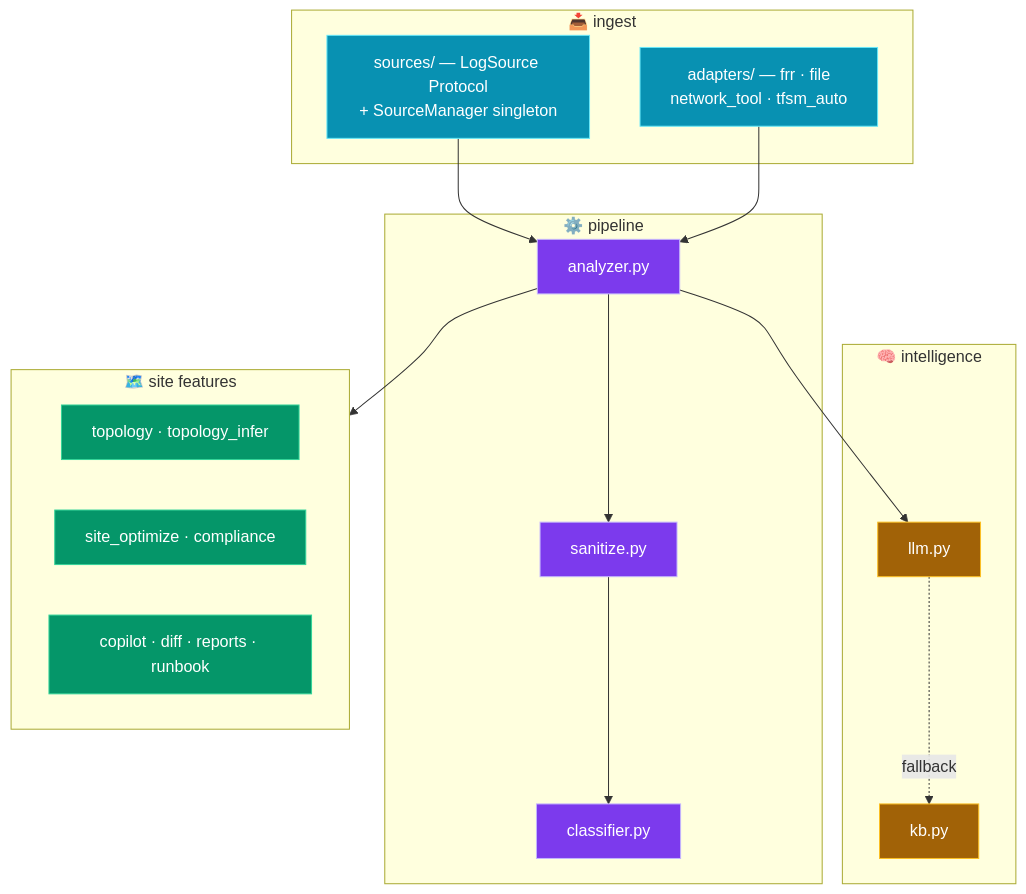
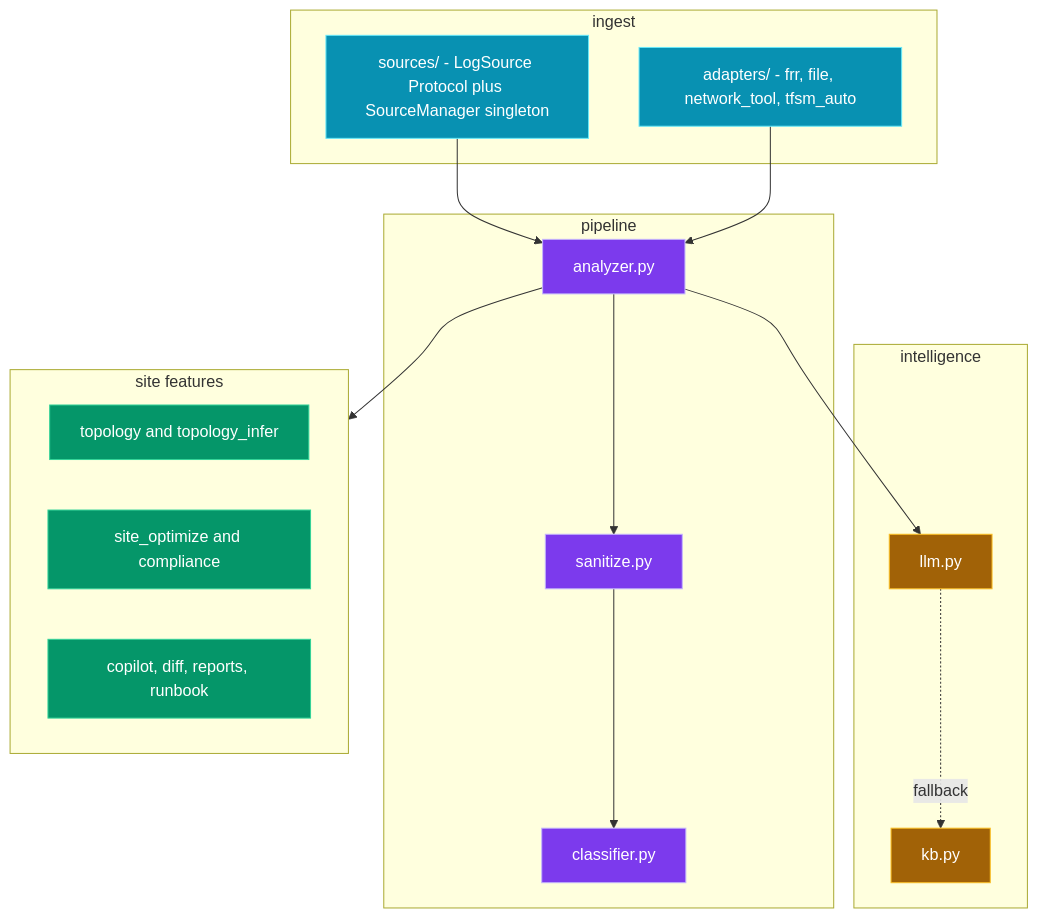
The seventh of 7 diagrams in docs/ARCHITECTURE.md (gesh75/netlog-ai), drawn with Mermaid before and after one commit. The commit also changed other lines of this file and 1 other file, not shown here.

Commit message:
docs: harden mermaid diagrams for reliable GitHub rendering

````diff
--- a/docs/ARCHITECTURE.md
+++ b/docs/ARCHITECTURE.md
@@ -286,40 +278,40 @@
 ```mermaid
 flowchart TB
-    subgraph IN["📥 ingest"]
-        SOURCES["sources/ — LogSource Protocol<br/>+ SourceManager singleton"]
-        ADAPTERS["adapters/ — frr · file<br/>network_tool · tfsm_auto"]
+    subgraph IN["ingest"]
+        SOURCES["sources/ - LogSource Protocol plus SourceManager singleton"]
+        ADAPTERS["adapters/ - frr, file, network_tool, tfsm_auto"]
     end
 
-    subgraph PIPE["⚙️ pipeline"]
+    subgraph PIPE["pipeline"]
         SANITIZE["sanitize.py"]
         CLASSIFIER["classifier.py"]
         ANALYZER["analyzer.py"]
     end
 
-    subgraph INTEL["🧠 intelligence"]
+    subgraph INTEL["intelligence"]
         LLM["llm.py"]
         KB["kb.py"]
     end
 
-    subgraph SITE["🗺️ site features"]
-        TOPO["topology · topology_infer"]
-        OPT["site_optimize · compliance"]
-        EXTRA["copilot · diff · reports · runbook"]
+    subgraph SITE["site features"]
+        TOPO["topology and topology_infer"]
+        OPT["site_optimize and compliance"]
+        EXTRA["copilot, diff, reports, runbook"]
     end
 
     SOURCES & ADAPTERS --> ANALYZER
     ANALYZER --> SANITIZE --> CLASSIFIER
     ANALYZER --> LLM
     LLM -.fallback.-> KB
     ANALYZER --> SITE
 
     classDef in   fill:#0891b2,stroke:#67e8f9,color:#fff
     classDef pipe fill:#7c3aed,stroke:#c4b5fd,color:#fff
     classDef ai   fill:#a16207,stroke:#fbbf24,color:#fff
     classDef site fill:#059669,stroke:#34d399,color:#fff
 
     class SOURCES,ADAPTERS in
     class SANITIZE,CLASSIFIER,ANALYZER pipe
     class LLM,KB ai
     class TOPO,OPT,EXTRA site
 ```
````
